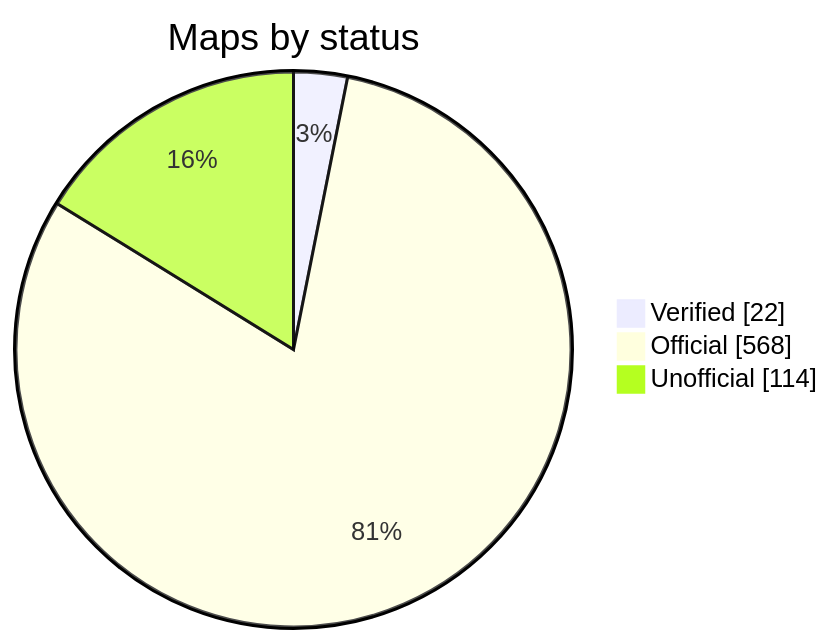
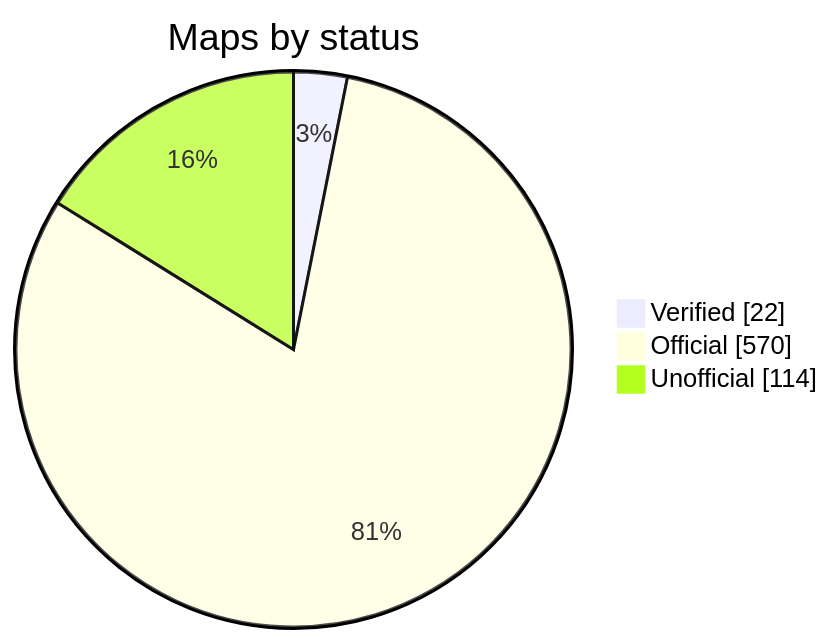
The diagram in README.md (nobrega8/mbmap-library), drawn with Mermaid before and after one commit. The commit also changed 7 other files, not shown here.

````diff
--- a/README.md
+++ b/README.md
@@ -52,7 +52,7 @@
 ```mermaid
 pie showData
     title Maps by status
     "Verified" : 22
-    "Official" : 568
+    "Official" : 570
     "Unofficial" : 114
 ```
````
